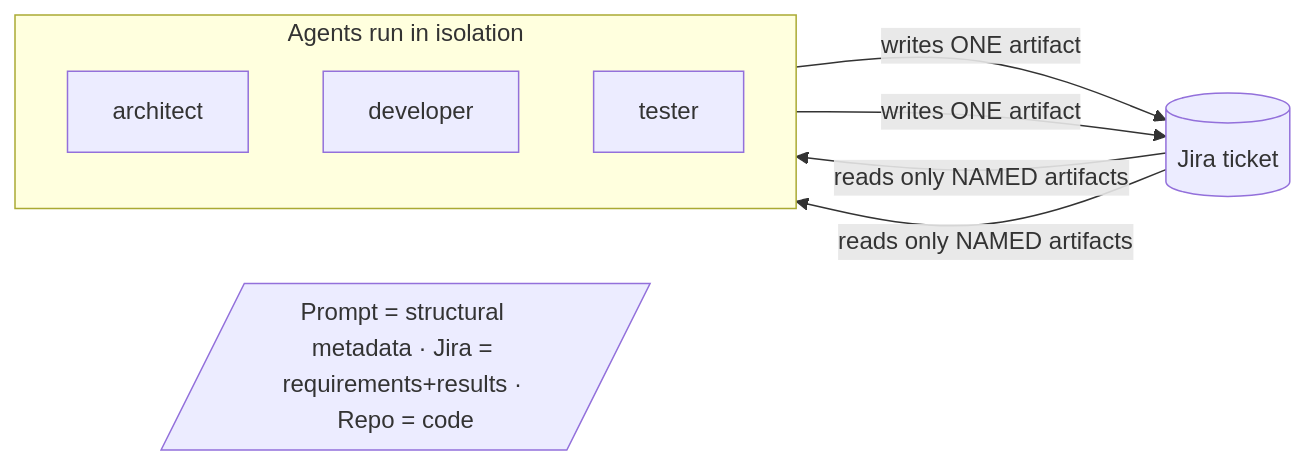
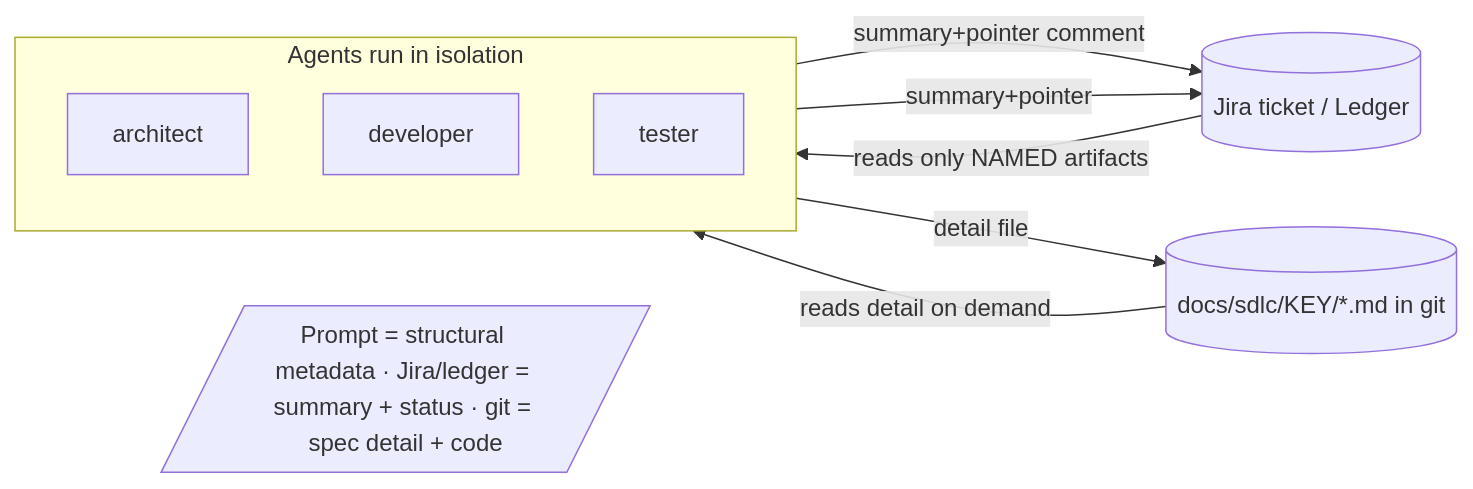
The sixth of 6 diagrams in plugins/ai-sdlc/docs/ai-sdlc-explained.md (final-il/maor-skills-marketplace), drawn with Mermaid before and after one commit. The commit also changed other lines of this file and 4 other files, not shown here.

First line of the commit message:
ai-sdlc: slim orchestrator prompt 30% via on-demand references

````diff
--- a/plugins/ai-sdlc/docs/ai-sdlc-explained.md
+++ b/plugins/ai-sdlc/docs/ai-sdlc-explained.md
@@ -348,14 +445,15 @@
 ```mermaid
 flowchart LR
   subgraph agents[Agents run in isolation]
     direction TB
     A1[architect]
     A2[developer]
     A3[tester]
   end
-  A1 -->|writes ONE artifact| J[(Jira ticket)]
+  A1 -->|summary+pointer comment| J[(Jira ticket / Ledger)]
+  A1 -->|detail file| G[(docs/sdlc/KEY/*.md in git)]
   J -->|reads only NAMED artifacts| A2
-  A2 -->|writes ONE artifact| J
-  J -->|reads only NAMED artifacts| A3
-  note[/"Prompt = structural metadata · Jira = requirements+results · Repo = code"/]
+  G -->|reads detail on demand| A2
+  A2 -->|summary+pointer| J
+  note[/"Prompt = structural metadata · Jira/ledger = summary + status · git = spec detail + code"/]
 ```
````
